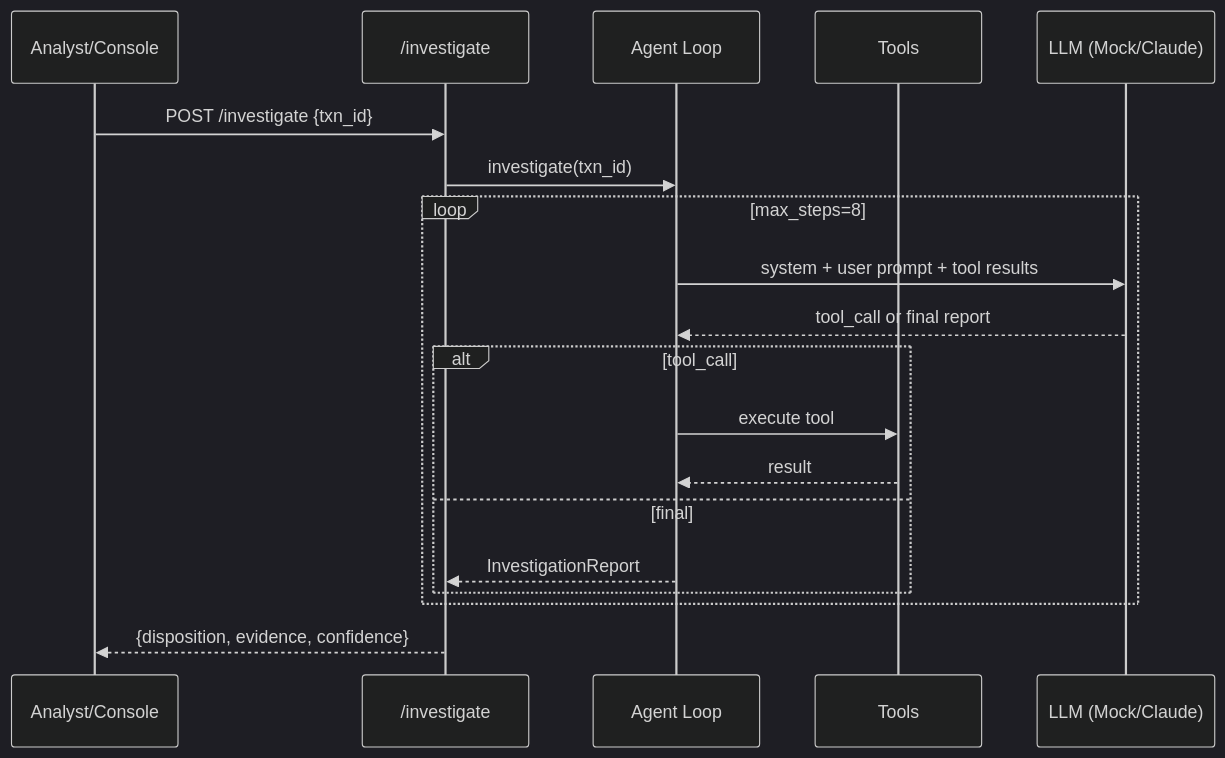
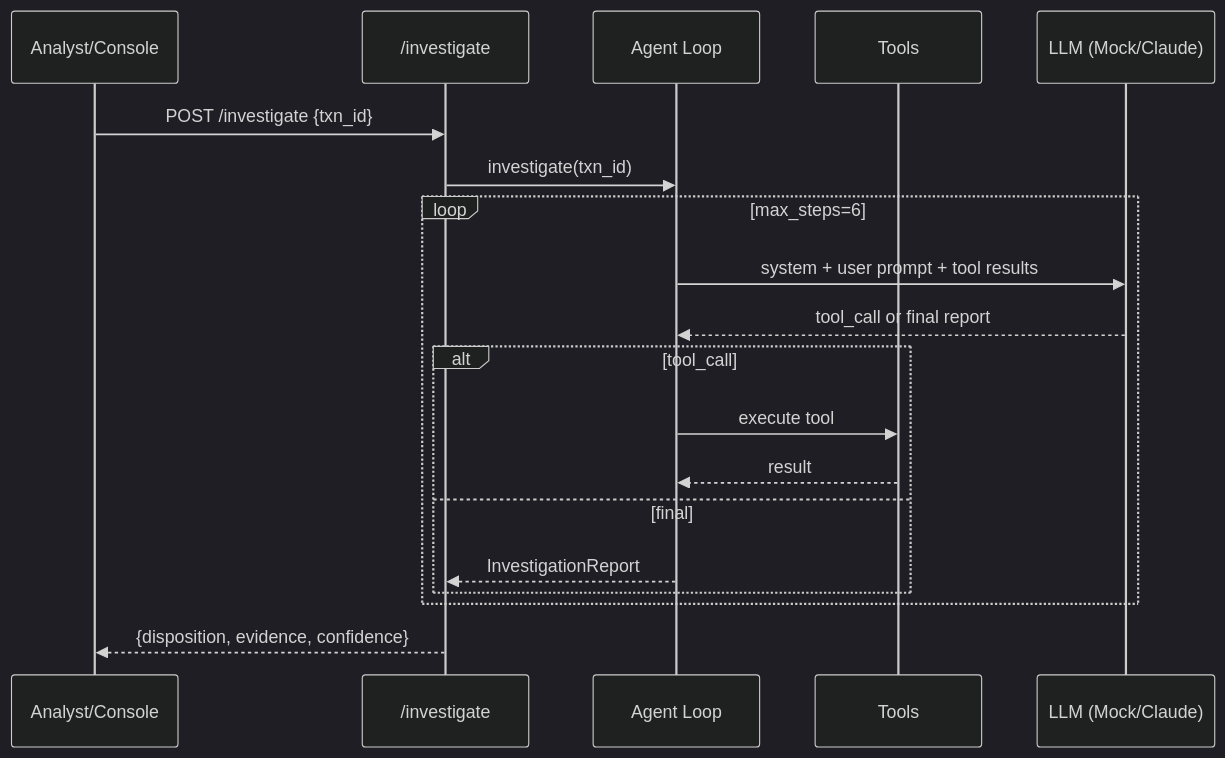
One commit to bragabruno/ml-service changed the second of 5 diagrams in docs/ARCHITECTURE.md. Above: the diagram before and after it, drawn with Mermaid (dark theme). The commit also changed other lines of this file and 1 other file, not shown here.

First line of the commit message:
docs: sync ARCHITECTURE + README with the continuous-learning loop (#8)

````diff
--- a/docs/ARCHITECTURE.md
+++ b/docs/ARCHITECTURE.md
@@ -52,22 +65,22 @@
 ```mermaid
 sequenceDiagram
     participant C as Analyst/Console
     participant A as /investigate
     participant AG as Agent Loop
     participant T as Tools
     participant L as LLM (Mock/Claude)
 
     C->>A: POST /investigate {txn_id}
     A->>AG: investigate(txn_id)
-    loop max_steps=8
+    loop max_steps=6
         AG->>L: system + user prompt + tool results
         L-->>AG: tool_call or final report
         alt tool_call
             AG->>T: execute tool
             T-->>AG: result
         else final
             AG-->>A: InvestigationReport
         end
     end
     A-->>C: {disposition, evidence, confidence}
 ```
````
